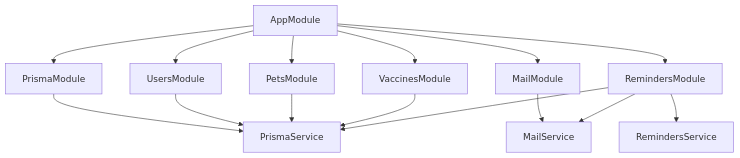
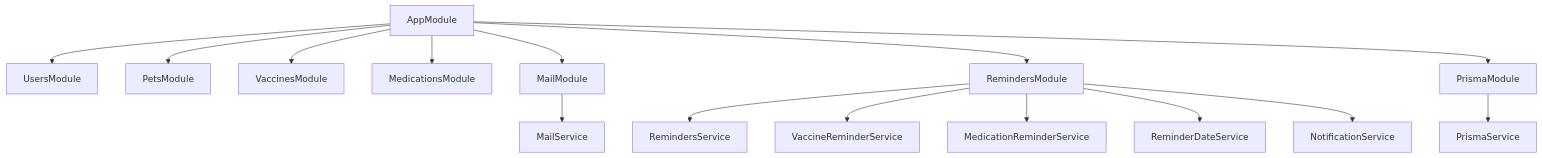
One commit to AysllaGomes/pet-health-api changed the third of 8 diagrams in docs/diagrams.md. Above: the diagram before and after it, drawn with Mermaid. The commit also changed other lines of this file and 4 other files, not shown here.

Commit message:
refactor(reminders): improve separation of concerns and add diagrams and architecture docs

````diff
--- a/docs/diagrams.md
+++ b/docs/diagrams.md
@@ -57,32 +51,37 @@
 ```mermaid
 flowchart TD
     AppModule[AppModule]
 
     UsersModule[UsersModule]
     PetsModule[PetsModule]
     VaccinesModule[VaccinesModule]
+    MedicationsModule[MedicationsModule]
     MailModule[MailModule]
     RemindersModule[RemindersModule]
     PrismaModule[PrismaModule]
 
     PrismaService[PrismaService]
     MailService[MailService]
     RemindersService[RemindersService]
 
+    VaccineReminderService[VaccineReminderService]
+    MedicationReminderService[MedicationReminderService]
+    ReminderDateService[ReminderDateService]
+    NotificationService[NotificationService]
+
     AppModule --> UsersModule
     AppModule --> PetsModule
     AppModule --> VaccinesModule
+    AppModule --> MedicationsModule
     AppModule --> MailModule
     AppModule --> RemindersModule
     AppModule --> PrismaModule
 
     PrismaModule --> PrismaService
     MailModule --> MailService
     RemindersModule --> RemindersService
-
-    UsersModule --> PrismaService
-    PetsModule --> PrismaService
-    VaccinesModule --> PrismaService
-    RemindersModule --> PrismaService
-    RemindersModule --> MailService
+    RemindersModule --> VaccineReminderService
+    RemindersModule --> MedicationReminderService
+    RemindersModule --> ReminderDateService
+    RemindersModule --> NotificationService
 ```
````
